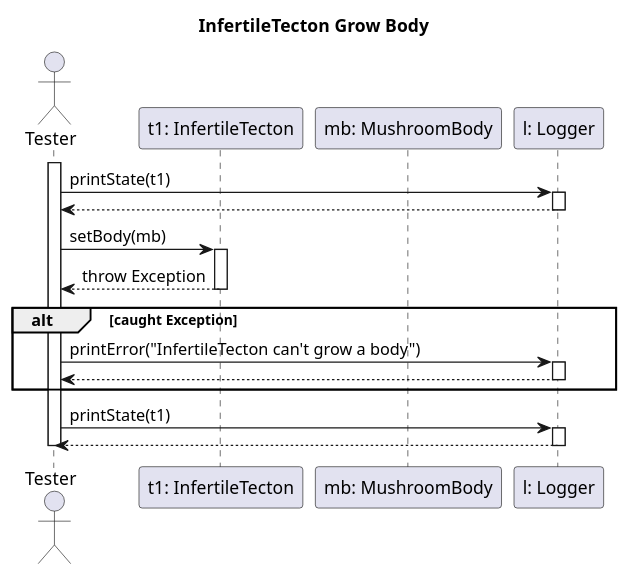
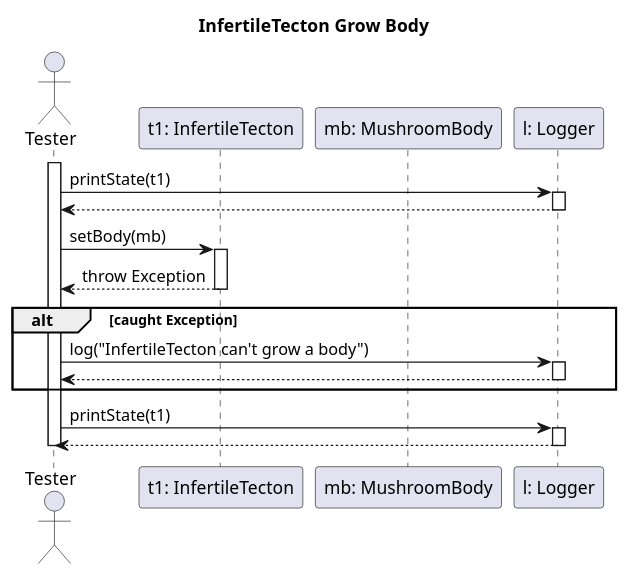
The diagram in diagrams/test-sequence/infertileTectonGrowBody.puml (dzsem/projlab), drawn with PlantUML before and after one commit. The commit also changed 6 other files, not shown here.

```diff
--- a/diagrams/test-sequence/infertileTectonGrowBody.puml
+++ b/diagrams/test-sequence/infertileTectonGrowBody.puml
@@ -1,37 +1,37 @@
 @startuml InfertileTectonGrowBodyTest
 
 title InfertileTecton Grow Body
 
 actor "Tester" as ts
 participant "t1: InfertileTecton" as t
 participant "mb: MushroomBody" as mb
 participant "l: Logger" as l
 
 activate ts
 
 ts -> l: printState(t1)
 activate l
 ts <-- l
 deactivate l
 
 ts -> t: setBody(mb)
 activate t
 
 ts <-- t: throw Exception
 deactivate t
 
 alt caught Exception
-    ts -> l: printError("InfertileTecton can't grow a body")
+    ts -> l: log("InfertileTecton can't grow a body")
     activate l
     ts <-- l
     deactivate l
 end
 
 ts -> l: printState(t1)
 activate l
 ts <-- l
 deactivate l
 
 deactivate ts
 
 @enduml
```
